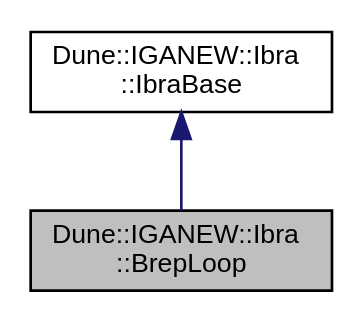
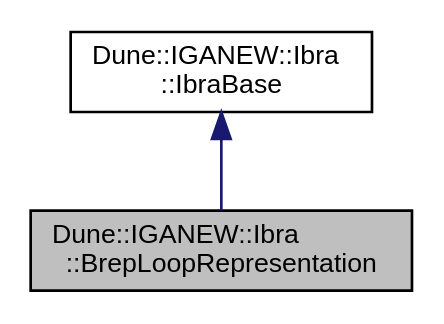
Before and after one commit to rath3t/dune-iga-doc: the diagram in d9/dda/a01289.dot, drawn with Graphviz. The commit also changed 968 other files, not shown here.

```diff
--- a/d9/dda/a01289.dot
+++ b/d9/dda/a01289.dot
@@ -1,9 +1,9 @@
-digraph "Dune::IGANEW::Ibra::BrepLoop"
+digraph "Dune::IGANEW::Ibra::BrepLoopRepresentation"
 {
  // LATEX_PDF_SIZE
   edge [fontname="Helvetica",fontsize="10",labelfontname="Helvetica",labelfontsize="10"];
   node [fontname="Helvetica",fontsize="10",shape=record];
-  Node1 [label="Dune::IGANEW::Ibra\l::BrepLoop",height=0.2,width=0.4,color="black", fillcolor="grey75", style="filled", fontcolor="black",tooltip=" "];
+  Node1 [label="Dune::IGANEW::Ibra\l::BrepLoopRepresentation",height=0.2,width=0.4,color="black", fillcolor="grey75", style="filled", fontcolor="black",tooltip=" "];
   Node2 -> Node1 [dir="back",color="midnightblue",fontsize="10",style="solid",fontname="Helvetica"];
-  Node2 [label="Dune::IGANEW::Ibra\l::IbraBase",height=0.2,width=0.4,color="black", fillcolor="white", style="filled",URL="$da/d00/a01270.html",tooltip=" "];
+  Node2 [label="Dune::IGANEW::Ibra\l::IbraBase",height=0.2,width=0.4,color="black", fillcolor="white", style="filled",URL="$de/d33/a01274.html",tooltip=" "];
 }
```
